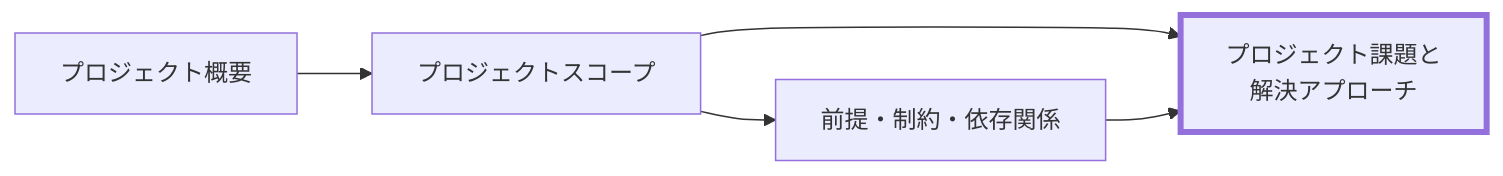
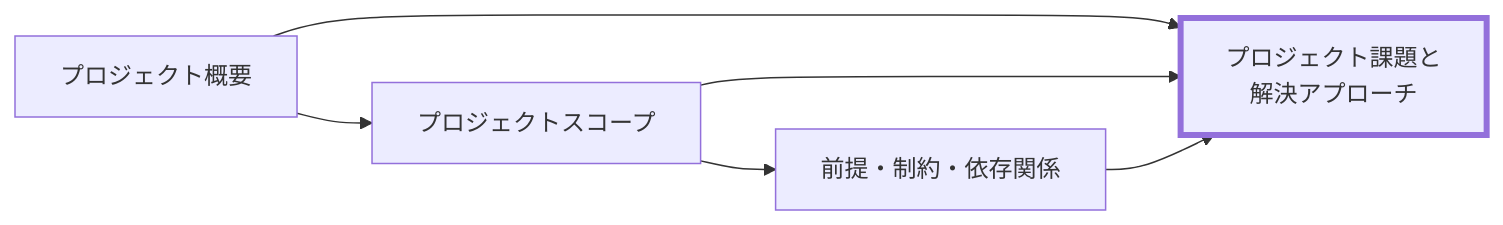
One commit to specdojo/specdojo changed the diagram in docs/ja/specdojo/rulebooks/prj-issues-and-approach-rulebook.md. Above: the diagram before and after it, drawn with Mermaid. The commit also changed other lines of this file and 2 other files, not shown here.

````diff
--- a/docs/ja/specdojo/rulebooks/prj-issues-and-approach-rulebook.md
+++ b/docs/ja/specdojo/rulebooks/prj-issues-and-approach-rulebook.md
@@ -36,15 +36,16 @@
 ```mermaid
 flowchart LR
   POV["プロジェクト概要"]
   PSC["プロジェクトスコープ"]
   ACD["前提・制約・依存関係"]
   PIA["プロジェクト課題と<br>解決アプローチ"]
 
   POV --> PSC
   PSC --> ACD
+  POV --> PIA
   PSC --> PIA
   ACD --> PIA
 
   classDef target stroke-width:4px
   class PIA target
 ```
````
